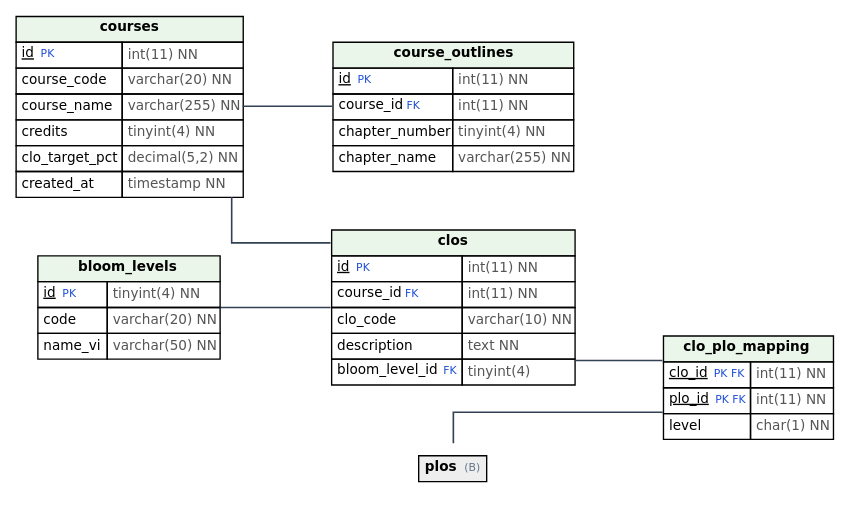
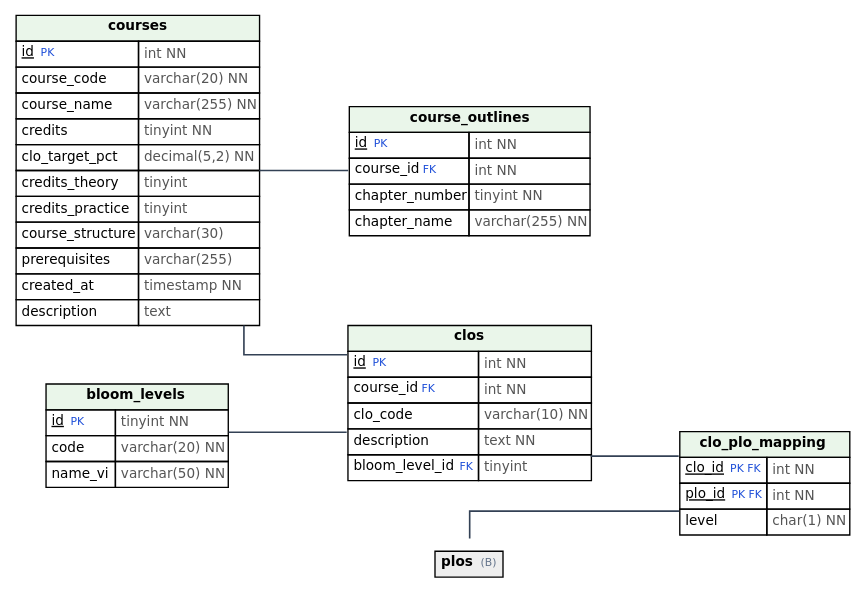
The diagram in docs/diagrams/erd_C.dot (NguyenTanYen/TLCN), drawn with Graphviz before and after one commit. The commit also changed 100 other files, not shown here.

```diff
--- a/docs/diagrams/erd_C.dot
+++ b/docs/diagrams/erd_C.dot
@@ -1,14 +1,14 @@
 digraph G { rankdir=LR; graph [fontname="DejaVu Sans", splines=ortho, nodesep=0.6, ranksep=0.9 ];
 node [shape=none, margin=0, fontname="DejaVu Sans", fontsize=10]; edge [color="#334155", penwidth=1.2, dir=none];
-"courses" [label=<<table border="0" cellborder="1" cellspacing="0" cellpadding="3"><tr><td bgcolor="#EAF6EA" colspan="2"><b>courses</b></td></tr><tr><td align="left" port="id"><u>id</u> <font color="#1d4ed8" point-size="8">PK</font></td><td align="left"><font color="#555555">int(11) NN</font></td></tr><tr><td align="left" port="course_code">course_code</td><td align="left"><font color="#555555">varchar(20) NN</font></td></tr><tr><td align="left" port="course_name">course_name</td><td align="left"><font color="#555555">varchar(255) NN</font></td></tr><tr><td align="left" port="credits">credits</td><td align="left"><font color="#555555">tinyint(4) NN</font></td></tr><tr><td align="left" port="clo_target_pct">clo_target_pct</td><td align="left"><font color="#555555">decimal(5,2) NN</font></td></tr><tr><td align="left" port="created_at">created_at</td><td align="left"><font color="#555555">timestamp NN</font></td></tr></table>>];
-"course_outlines" [label=<<table border="0" cellborder="1" cellspacing="0" cellpadding="3"><tr><td bgcolor="#EAF6EA" colspan="2"><b>course_outlines</b></td></tr><tr><td align="left" port="id"><u>id</u> <font color="#1d4ed8" point-size="8">PK</font></td><td align="left"><font color="#555555">int(11) NN</font></td></tr><tr><td align="left" port="course_id">course_id <font color="#1d4ed8" point-size="8">FK</font></td><td align="left"><font color="#555555">int(11) NN</font></td></tr><tr><td align="left" port="chapter_number">chapter_number</td><td align="left"><font color="#555555">tinyint(4) NN</font></td></tr><tr><td align="left" port="chapter_name">chapter_name</td><td align="left"><font color="#555555">varchar(255) NN</font></td></tr></table>>];
-"bloom_levels" [label=<<table border="0" cellborder="1" cellspacing="0" cellpadding="3"><tr><td bgcolor="#EAF6EA" colspan="2"><b>bloom_levels</b></td></tr><tr><td align="left" port="id"><u>id</u> <font color="#1d4ed8" point-size="8">PK</font></td><td align="left"><font color="#555555">tinyint(4) NN</font></td></tr><tr><td align="left" port="code">code</td><td align="left"><font color="#555555">varchar(20) NN</font></td></tr><tr><td align="left" port="name_vi">name_vi</td><td align="left"><font color="#555555">varchar(50) NN</font></td></tr></table>>];
-"clos" [label=<<table border="0" cellborder="1" cellspacing="0" cellpadding="3"><tr><td bgcolor="#EAF6EA" colspan="2"><b>clos</b></td></tr><tr><td align="left" port="id"><u>id</u> <font color="#1d4ed8" point-size="8">PK</font></td><td align="left"><font color="#555555">int(11) NN</font></td></tr><tr><td align="left" port="course_id">course_id <font color="#1d4ed8" point-size="8">FK</font></td><td align="left"><font color="#555555">int(11) NN</font></td></tr><tr><td align="left" port="clo_code">clo_code</td><td align="left"><font color="#555555">varchar(10) NN</font></td></tr><tr><td align="left" port="description">description</td><td align="left"><font color="#555555">text NN</font></td></tr><tr><td align="left" port="bloom_level_id">bloom_level_id <font color="#1d4ed8" point-size="8">FK</font></td><td align="left"><font color="#555555">tinyint(4)</font></td></tr></table>>];
-"clo_plo_mapping" [label=<<table border="0" cellborder="1" cellspacing="0" cellpadding="3"><tr><td bgcolor="#EAF6EA" colspan="2"><b>clo_plo_mapping</b></td></tr><tr><td align="left" port="clo_id"><u>clo_id</u> <font color="#1d4ed8" point-size="8">PK FK</font></td><td align="left"><font color="#555555">int(11) NN</font></td></tr><tr><td align="left" port="plo_id"><u>plo_id</u> <font color="#1d4ed8" point-size="8">PK FK</font></td><td align="left"><font color="#555555">int(11) NN</font></td></tr><tr><td align="left" port="level">level</td><td align="left"><font color="#555555">char(1) NN</font></td></tr></table>>];
+"courses" [label=<<table border="0" cellborder="1" cellspacing="0" cellpadding="3"><tr><td bgcolor="#EAF6EA" colspan="2"><b>courses</b></td></tr><tr><td align="left" port="id"><u>id</u> <font color="#1d4ed8" point-size="8">PK</font></td><td align="left"><font color="#555555">int NN</font></td></tr><tr><td align="left" port="course_code">course_code</td><td align="left"><font color="#555555">varchar(20) NN</font></td></tr><tr><td align="left" port="course_name">course_name</td><td align="left"><font color="#555555">varchar(255) NN</font></td></tr><tr><td align="left" port="credits">credits</td><td align="left"><font color="#555555">tinyint NN</font></td></tr><tr><td align="left" port="clo_target_pct">clo_target_pct</td><td align="left"><font color="#555555">decimal(5,2) NN</font></td></tr><tr><td align="left" port="credits_theory">credits_theory</td><td align="left"><font color="#555555">tinyint</font></td></tr><tr><td align="left" port="credits_practice">credits_practice</td><td align="left"><font color="#555555">tinyint</font></td></tr><tr><td align="left" port="course_structure">course_structure</td><td align="left"><font color="#555555">varchar(30)</font></td></tr><tr><td align="left" port="prerequisites">prerequisites</td><td align="left"><font color="#555555">varchar(255)</font></td></tr><tr><td align="left" port="created_at">created_at</td><td align="left"><font color="#555555">timestamp NN</font></td></tr><tr><td align="left" port="description">description</td><td align="left"><font color="#555555">text</font></td></tr></table>>];
+"course_outlines" [label=<<table border="0" cellborder="1" cellspacing="0" cellpadding="3"><tr><td bgcolor="#EAF6EA" colspan="2"><b>course_outlines</b></td></tr><tr><td align="left" port="id"><u>id</u> <font color="#1d4ed8" point-size="8">PK</font></td><td align="left"><font color="#555555">int NN</font></td></tr><tr><td align="left" port="course_id">course_id <font color="#1d4ed8" point-size="8">FK</font></td><td align="left"><font color="#555555">int NN</font></td></tr><tr><td align="left" port="chapter_number">chapter_number</td><td align="left"><font color="#555555">tinyint NN</font></td></tr><tr><td align="left" port="chapter_name">chapter_name</td><td align="left"><font color="#555555">varchar(255) NN</font></td></tr></table>>];
+"bloom_levels" [label=<<table border="0" cellborder="1" cellspacing="0" cellpadding="3"><tr><td bgcolor="#EAF6EA" colspan="2"><b>bloom_levels</b></td></tr><tr><td align="left" port="id"><u>id</u> <font color="#1d4ed8" point-size="8">PK</font></td><td align="left"><font color="#555555">tinyint NN</font></td></tr><tr><td align="left" port="code">code</td><td align="left"><font color="#555555">varchar(20) NN</font></td></tr><tr><td align="left" port="name_vi">name_vi</td><td align="left"><font color="#555555">varchar(50) NN</font></td></tr></table>>];
+"clos" [label=<<table border="0" cellborder="1" cellspacing="0" cellpadding="3"><tr><td bgcolor="#EAF6EA" colspan="2"><b>clos</b></td></tr><tr><td align="left" port="id"><u>id</u> <font color="#1d4ed8" point-size="8">PK</font></td><td align="left"><font color="#555555">int NN</font></td></tr><tr><td align="left" port="course_id">course_id <font color="#1d4ed8" point-size="8">FK</font></td><td align="left"><font color="#555555">int NN</font></td></tr><tr><td align="left" port="clo_code">clo_code</td><td align="left"><font color="#555555">varchar(10) NN</font></td></tr><tr><td align="left" port="description">description</td><td align="left"><font color="#555555">text NN</font></td></tr><tr><td align="left" port="bloom_level_id">bloom_level_id <font color="#1d4ed8" point-size="8">FK</font></td><td align="left"><font color="#555555">tinyint</font></td></tr></table>>];
+"clo_plo_mapping" [label=<<table border="0" cellborder="1" cellspacing="0" cellpadding="3"><tr><td bgcolor="#EAF6EA" colspan="2"><b>clo_plo_mapping</b></td></tr><tr><td align="left" port="clo_id"><u>clo_id</u> <font color="#1d4ed8" point-size="8">PK FK</font></td><td align="left"><font color="#555555">int NN</font></td></tr><tr><td align="left" port="plo_id"><u>plo_id</u> <font color="#1d4ed8" point-size="8">PK FK</font></td><td align="left"><font color="#555555">int NN</font></td></tr><tr><td align="left" port="level">level</td><td align="left"><font color="#555555">char(1) NN</font></td></tr></table>>];
 "plos@clo_plo_mapping" [label=<<table border="0" cellborder="1" cellspacing="0" cellpadding="3"><tr><td bgcolor="#EEEEEE" colspan="2"><b>plos</b> <font point-size="8" color="#64748b">(B)</font></td></tr></table>>];
 "clos" -> "clo_plo_mapping" [id="fk__clos__clo_plo_mapping__clo_id"];
 "plos@clo_plo_mapping" -> "clo_plo_mapping" [id="fk__plos@clo_plo_mapping__clo_plo_mapping__plo_id"];
 "bloom_levels" -> "clos" [id="fk__bloom_levels__clos__bloom_level_id"];
 "courses" -> "clos" [id="fk__courses__clos__course_id"];
 "courses" -> "course_outlines" [id="fk__courses__course_outlines__course_id"];
 }
```
